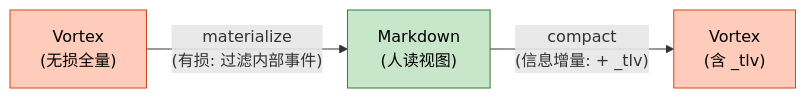
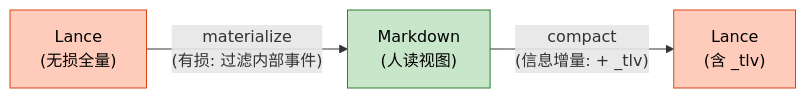
The sixth of 6 diagrams in docs/src/design/trajectory.md (DeepLink-org/Persisting), drawn with Mermaid before and after one commit. The commit also changed other lines of this file and 83 other files, not shown here.

First line of the commit message:
Refactor persisting-capture to replace Vortex references with Lance

````diff
--- a/docs/src/design/trajectory.md
+++ b/docs/src/design/trajectory.md
@@ -549,9 +571,9 @@
 ```mermaid
 graph LR
-    V["Vortex<br/>(无损全量)"] -->|"materialize<br/>(有损: 过滤内部事件)"| M["Markdown<br/>(人读视图)"]
-    M -->|"compact<br/>(信息增量: + _tlv)"| V2["Vortex<br/>(含 _tlv)"]
+    V["Lance<br/>(无损全量)"] -->|"materialize<br/>(有损: 过滤内部事件)"| M["Markdown<br/>(人读视图)"]
+    M -->|"compact<br/>(信息增量: + _tlv)"| V2["Lance<br/>(含 _tlv)"]
 
     style V fill:#ffccbc,stroke:#d84315,color:#000
     style M fill:#c8e6c9,stroke:#2e7d32,color:#000
     style V2 fill:#ffccbc,stroke:#d84315,color:#000
 ```
````
